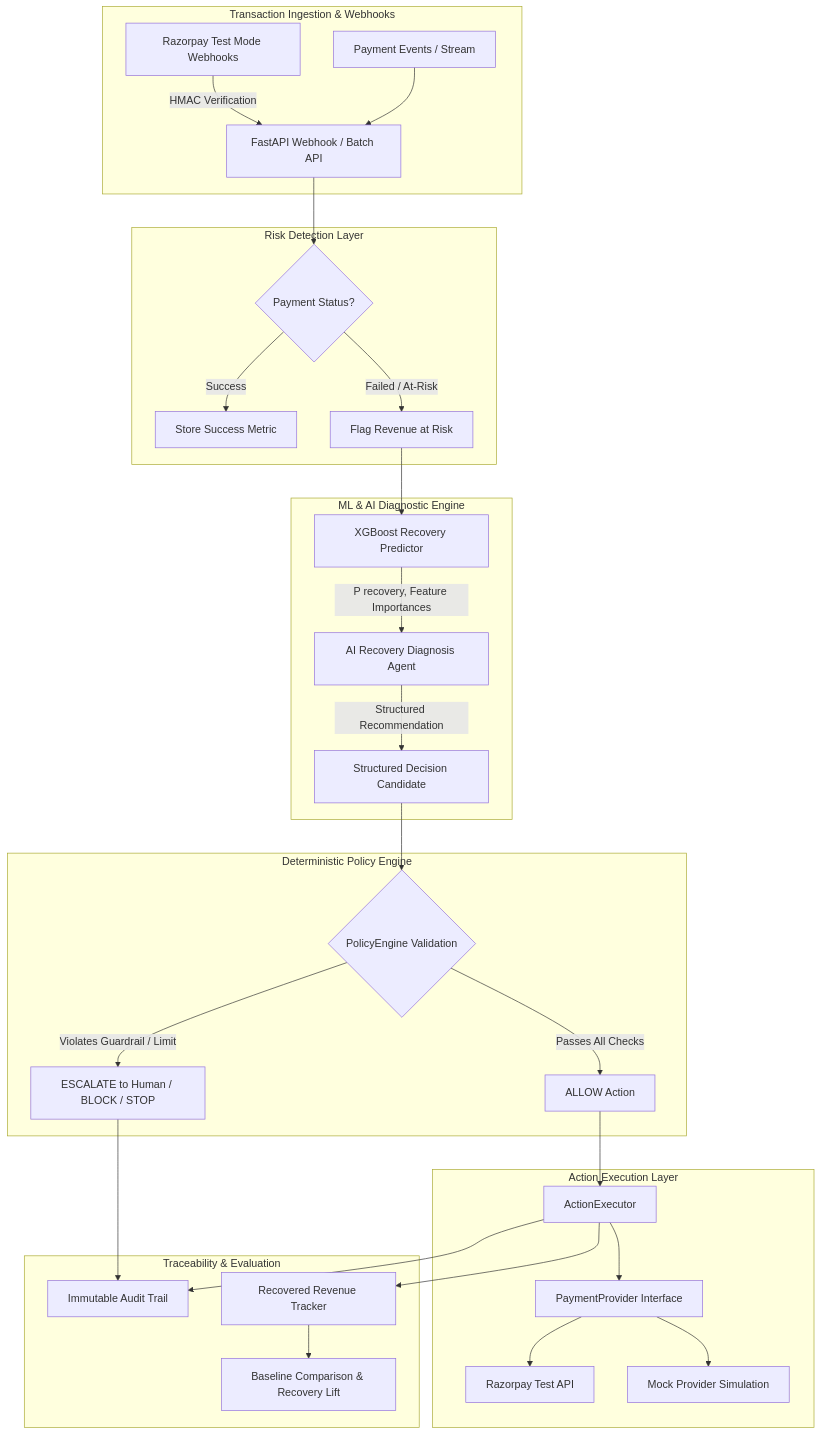
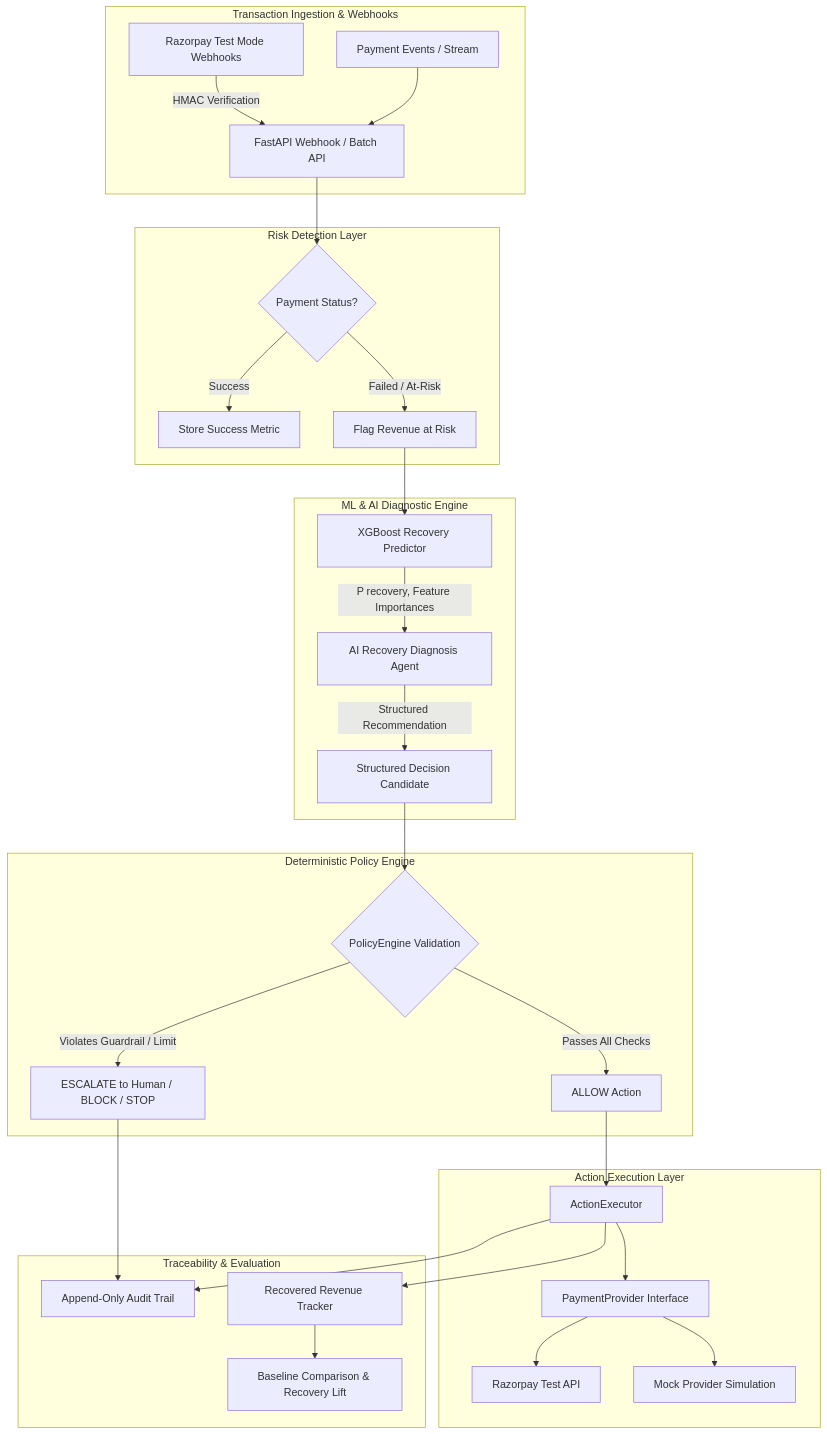
Before and after one commit to SAKET-2005/AI-Revenue-Recovery-System: the first of 2 diagrams in docs/architecture.md, drawn with Mermaid. The commit also changed 10 other files, not shown here.

````diff
--- a/docs/architecture.md
+++ b/docs/architecture.md
@@ -10,39 +10,39 @@
 ```mermaid
 flowchart TD
     subgraph Sources["Transaction Ingestion & Webhooks"]
         A[Payment Events / Stream] --> B[FastAPI Webhook / Batch API]
         RZP[Razorpay Test Mode Webhooks] -->|HMAC Verification| B
     end
 
     subgraph Detection["Risk Detection Layer"]
         B --> C{Payment Status?}
         C -->|Success| S[Store Success Metric]
         C -->|Failed / At-Risk| D[Flag Revenue at Risk]
     end
 
     subgraph Intelligence["ML & AI Diagnostic Engine"]
         D --> E[XGBoost Recovery Predictor]
         E -->|P recovery, Feature Importances| F[AI Recovery Diagnosis Agent]
         F -->|Structured Recommendation| G[Structured Decision Candidate]
     end
 
     subgraph Guardrails["Deterministic Policy Engine"]
         G --> H{PolicyEngine Validation}
         H -->|Violates Guardrail / Limit| I[ESCALATE to Human / BLOCK / STOP]
         H -->|Passes All Checks| J[ALLOW Action]
     end
 
     subgraph Execution["Action Execution Layer"]
         J --> K[ActionExecutor]
         K --> L[PaymentProvider Interface]
         L --> M[Razorpay Test API]
         L --> N[Mock Provider Simulation]
     end
 
     subgraph Governance["Traceability & Evaluation"]
-        K --> O[Immutable Audit Trail]
+        K --> O[Append-Only Audit Trail]
         I --> O
         K --> P[Recovered Revenue Tracker]
         P --> Q[Baseline Comparison & Recovery Lift]
     end
 ```
````
